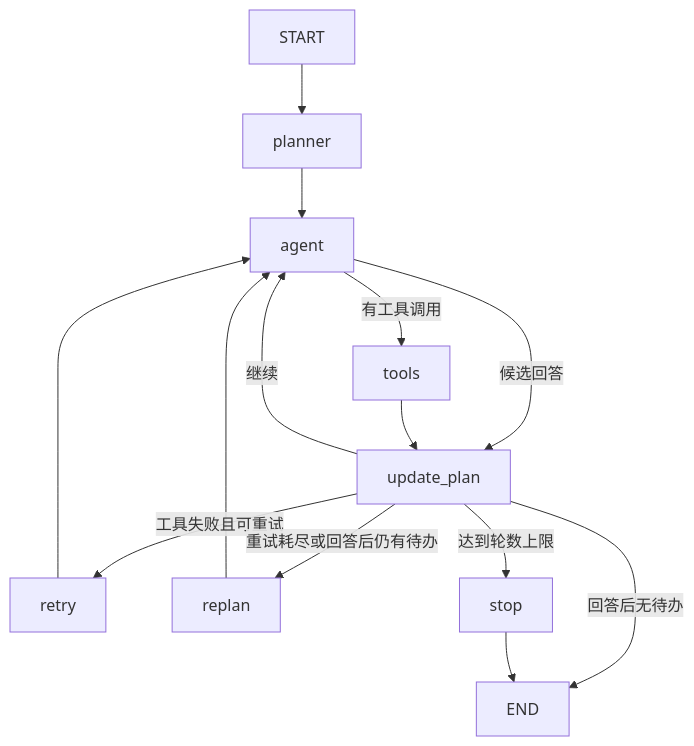
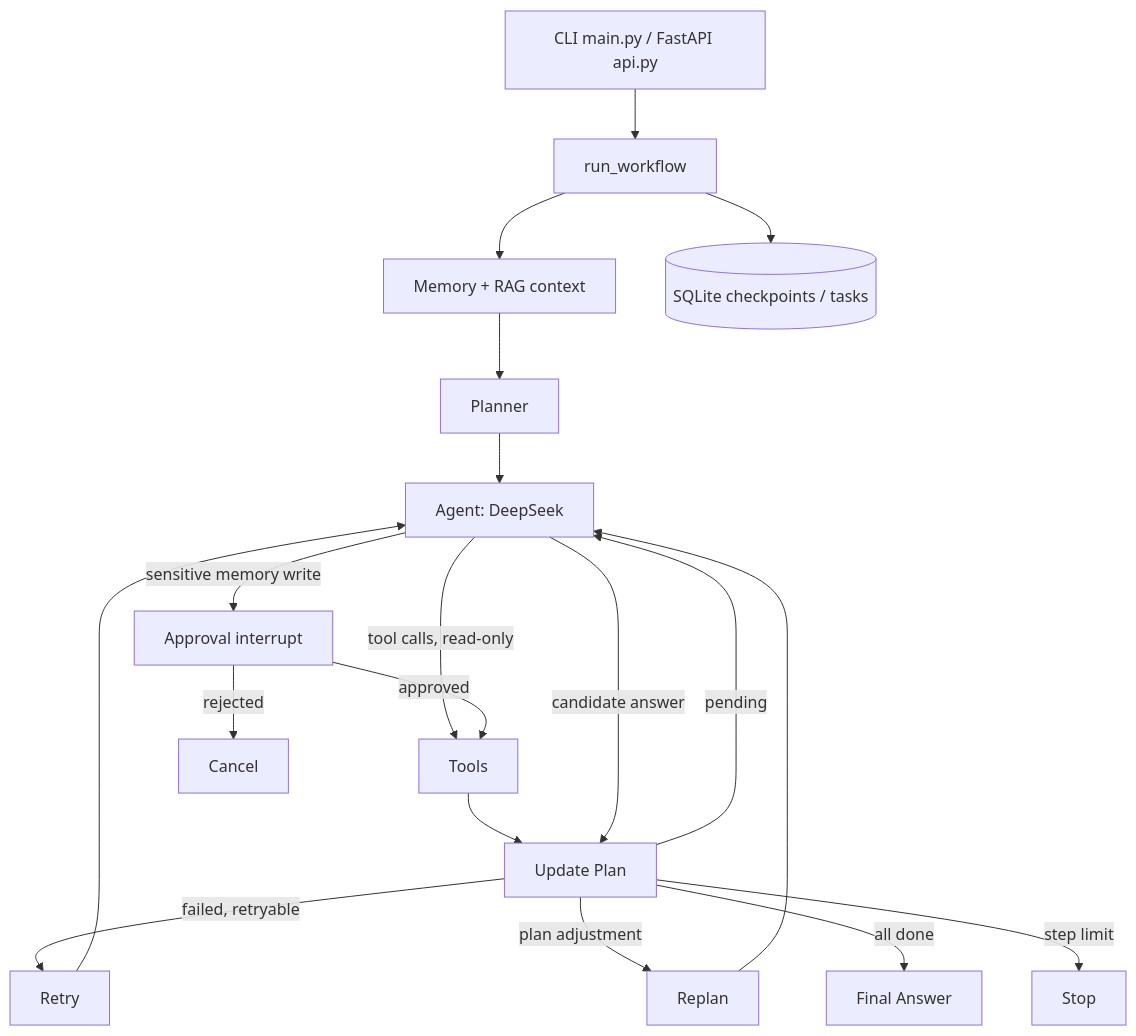
The diagram in README.md (LarsG33/agent_project), drawn with Mermaid before and after one commit. The commit also changed other lines of this file, not shown here.

Commit message:
Day21: document final architecture, local API, testing and interview story

````diff
--- a/README.md
+++ b/README.md
@@ -30,16 +19,21 @@
 ```mermaid
 flowchart TD
-    S[START] --> P[planner]
-    P --> A[agent]
-    A -->|有工具调用| T[tools]
-    A -->|候选回答| U[update_plan]
-    T --> U
-    U -->|继续| A
-    U -->|工具失败且可重试| R[retry]
+    U[CLI main.py / FastAPI api.py] --> W[run_workflow]
+    W --> M[Memory + RAG context]
+    W --> C[(SQLite checkpoints / tasks)]
+    M --> P[Planner]
+    P --> A[Agent: DeepSeek]
+    A -->|tool calls, read-only| T[Tools]
+    A -->|sensitive memory write| H[Approval interrupt]
+    H -->|approved| T
+    H -->|rejected| X[Cancel]
+    T --> UP[Update Plan]
+    A -->|candidate answer| UP
+    UP -->|pending| A
+    UP -->|failed, retryable| R[Retry]
     R --> A
-    U -->|重试耗尽或回答后仍有待办| N[replan]
-    N --> A
-    U -->|回答后无待办| E[END]
-    U -->|达到轮数上限| X[stop]
-    X --> E
+    UP -->|plan adjustment| RP[Replan]
+    RP --> A
+    UP -->|all done| F[Final Answer]
+    UP -->|step limit| S[Stop]
 ```
````
